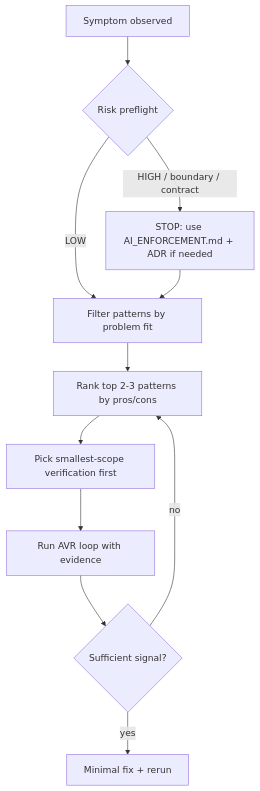
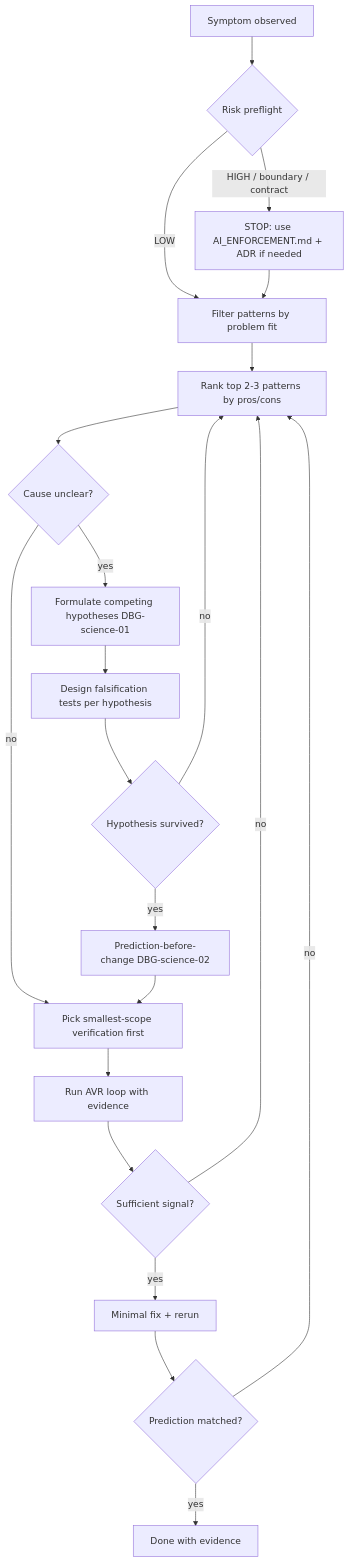
One commit to rhemzal/AI_governance changed the diagram in usage/DEBUGGING_EFFECTIVENESS_CATALOG.md. Above: the diagram before and after it, drawn with Mermaid. The commit also changed other lines of this file and 8 other files, not shown here.

````diff
--- a/usage/DEBUGGING_EFFECTIVENESS_CATALOG.md
+++ b/usage/DEBUGGING_EFFECTIVENESS_CATALOG.md
@@ -20,13 +21,23 @@
 ```mermaid
 flowchart TD
   A[Symptom observed] --> B{Risk preflight}
   B -->|LOW| C[Filter patterns by problem fit]
   B -->|HIGH / boundary / contract| D[STOP: use AI_ENFORCEMENT.md + ADR if needed]
   D --> C
   C --> E[Rank top 2-3 patterns by pros/cons]
-  E --> F[Pick smallest-scope verification first]
+  E --> E2{Cause unclear?}
+  E2 -->|yes| E3[Formulate competing hypotheses DBG-science-01]
+  E2 -->|no| F[Pick smallest-scope verification first]
+  E3 --> E4[Design falsification tests per hypothesis]
+  E4 --> E5{Hypothesis survived?}
+  E5 -->|no| E
+  E5 -->|yes| E6[Prediction-before-change DBG-science-02]
+  E6 --> F
   F --> G[Run AVR loop with evidence]
   G --> H{Sufficient signal?}
   H -->|yes| I[Minimal fix + rerun]
   H -->|no| E
+  I --> I2{Prediction matched?}
+  I2 -->|no| E
+  I2 -->|yes| Done[Done with evidence]
 ```
````
